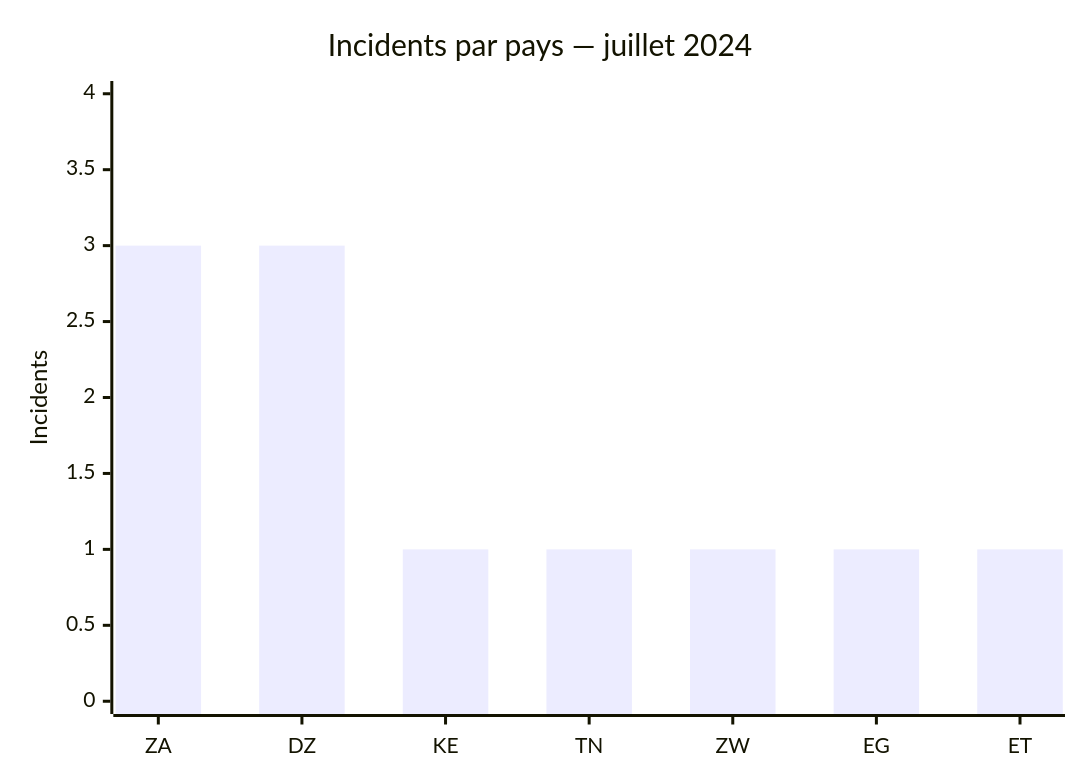
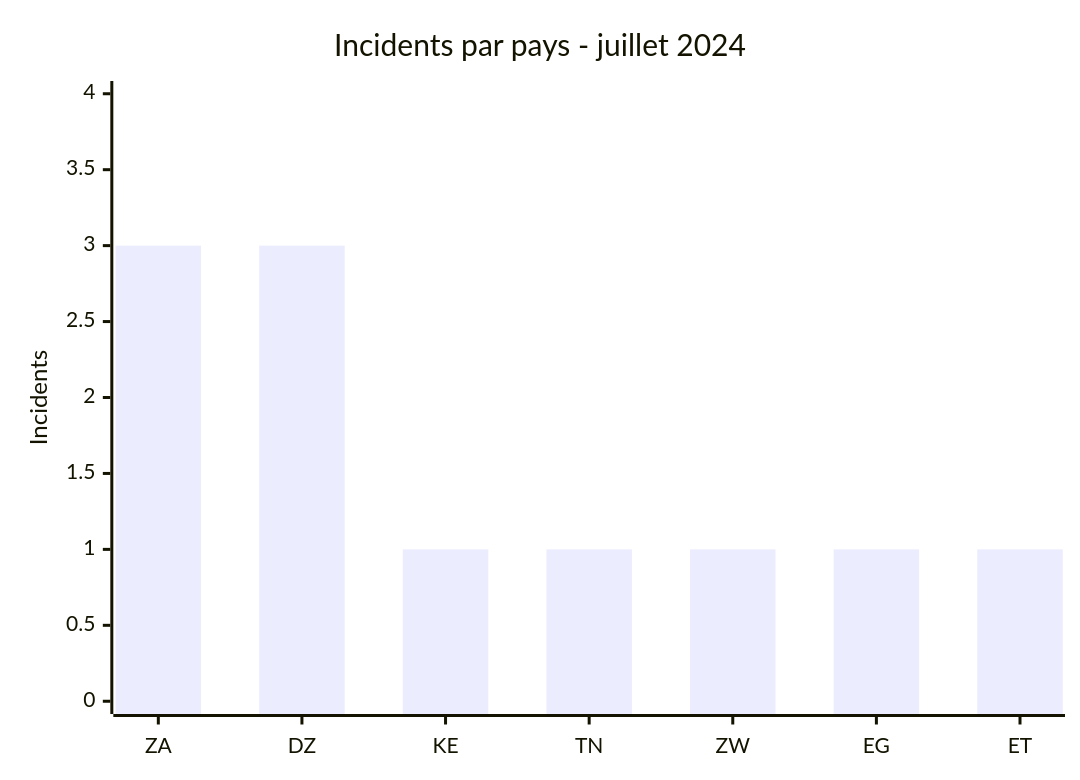
One commit to Hatchepsoute/AFRINTEL changed the first of 2 diagrams in CyberAttackAfrica/2024/07-july/README_FR.md. Above: the diagram before and after it, drawn with Mermaid. The commit also changed other lines of this file and 182 other files, not shown here.

````diff
--- a/CyberAttackAfrica/2024/07-july/README_FR.md
+++ b/CyberAttackAfrica/2024/07-july/README_FR.md
@@ -46,7 +46,7 @@
 ```mermaid
 xychart
-    title "Incidents par pays — juillet 2024"
+    title "Incidents par pays - juillet 2024"
     x-axis ["ZA","DZ","KE","TN","ZW","EG","ET"]
     y-axis "Incidents" 0 --> 4
     bar [3,3,1,1,1,1,1]
 ```
````
